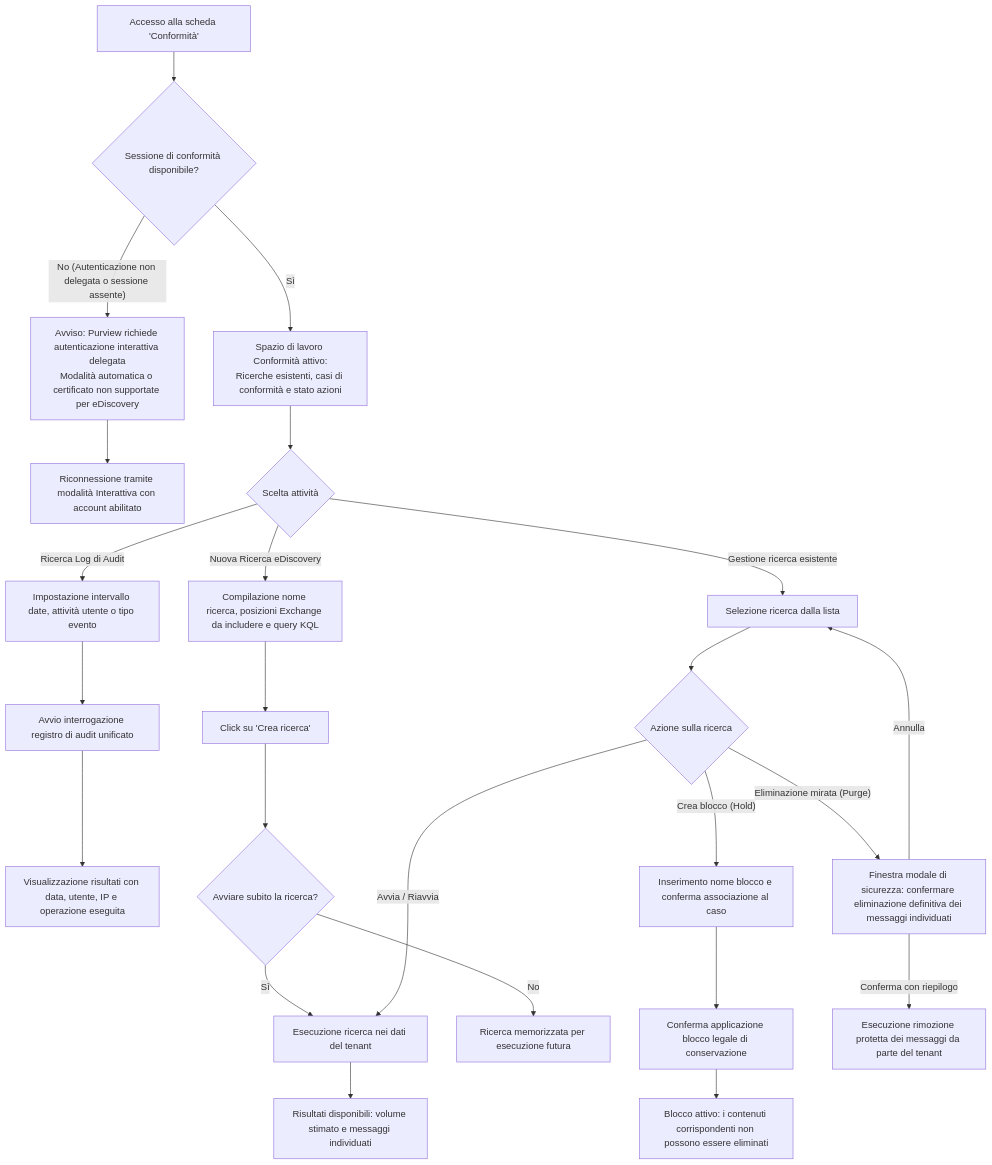
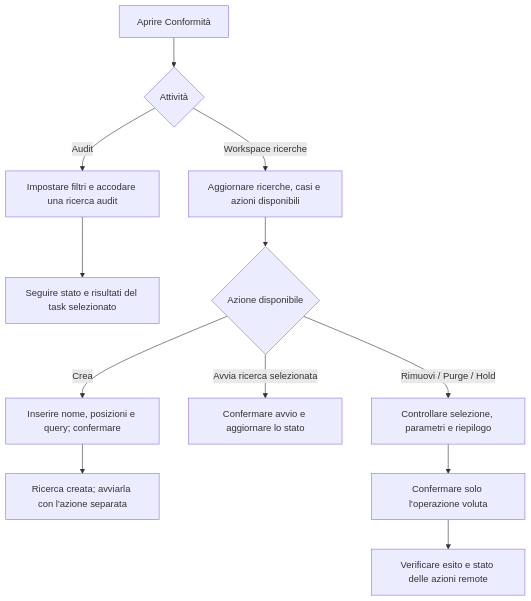
Before and after one commit to dennidalpos/OnlyExo365: the sixth of 8 diagrams in docs/operations/visual-guide.md, drawn with Mermaid. The commit also changed other lines of this file and 17 other files, not shown here.

````diff
--- a/docs/operations/visual-guide.md
+++ b/docs/operations/visual-guide.md
@@ -207,35 +139,14 @@
 ```mermaid
 flowchart TD
-    EnterCompliance["Accesso alla scheda 'Conformità'"] --> CheckComplianceSession{"Sessione di conformità disponibile?"}
-    
-    CheckComplianceSession -->|"No (Autenticazione non delegata o sessione assente)"| SessionWarning["Avviso: Purview richiede autenticazione interattiva delegata<br/>Modalità automatica o certificato non supportate per eDiscovery"]
-    SessionWarning --> ReconnectInteractively["Riconnessione tramite modalità Interattiva con account abilitato"]
-    
-    CheckComplianceSession -->|"Sì"| ComplianceWorkspace["Spazio di lavoro Conformità attivo:<br/>Ricerche esistenti, casi di conformità e stato azioni"]
-    
-    ComplianceWorkspace --> UserActivity{"Scelta attività"}
-    
-    UserActivity -->|"Ricerca Log di Audit"| AuditSearchForm["Impostazione intervallo date, attività utente o tipo evento"]
-    AuditSearchForm --> RunAudit["Avvio interrogazione registro di audit unificato"]
-    RunAudit --> ShowAuditResults["Visualizzazione risultati con data, utente, IP e operazione eseguita"]
-    
-    UserActivity -->|"Nuova Ricerca eDiscovery"| CreateSearch["Compilazione nome ricerca, posizioni Exchange da includere e query KQL"]
-    CreateSearch --> SaveSearch["Click su 'Crea ricerca'"]
-    SaveSearch --> StartSearchChoice{"Avviare subito la ricerca?"}
-    StartSearchChoice -->|"Sì"| ExecuteSearch["Esecuzione ricerca nei dati del tenant"]
-    StartSearchChoice -->|"No"| SearchSaved["Ricerca memorizzata per esecuzione futura"]
-    
-    UserActivity -->|"Gestione ricerca esistente"| SelectExistingSearch["Selezione ricerca dalla lista"]
-    SelectExistingSearch --> SearchActions{"Azione sulla ricerca"}
-    
-    SearchActions -->|"Avvia / Riavvia"| ExecuteSearch
-    ExecuteSearch --> SearchCompleted["Risultati disponibili: volume stimato e messaggi individuati"]
-    
-    SearchActions -->|"Crea blocco (Hold)"| HoldPrompt["Inserimento nome blocco e conferma associazione al caso"]
-    HoldPrompt --> ConfirmHold["Conferma applicazione blocco legale di conservazione"]
-    ConfirmHold --> HoldActive["Blocco attivo: i contenuti corrispondenti non possono essere eliminati"]
-    
-    SearchActions -->|"Eliminazione mirata (Purge)"| PurgePrompt["Finestra modale di sicurezza: confermare eliminazione definitiva dei messaggi individuati"]
-    PurgePrompt -->|"Conferma con riepilogo"| ExecutePurge["Esecuzione rimozione protetta dei messaggi da parte del tenant"]
-    PurgePrompt -->|"Annulla"| SelectExistingSearch
+    Open["Aprire Conformità"] --> Task{"Attività"}
+    Task -->|"Audit"| Audit["Impostare filtri e accodare una ricerca audit"]
+    Audit --> Results["Seguire stato e risultati del task selezionato"]
+    Task -->|"Workspace ricerche"| Refresh["Aggiornare ricerche, casi e azioni disponibili"]
+    Refresh --> Select{"Azione disponibile"}
+    Select -->|"Crea"| Create["Inserire nome, posizioni e query; confermare"]
+    Create --> Saved["Ricerca creata; avviarla con l'azione separata"]
+    Select -->|"Avvia ricerca selezionata"| Start["Confermare avvio e aggiornare lo stato"]
+    Select -->|"Rimuovi / Purge / Hold"| Confirm["Controllare selezione, parametri e riepilogo"]
+    Confirm --> Submit["Confermare solo l'operazione voluta"]
+    Submit --> Verify["Verificare esito e stato delle azioni remote"]
 ```
````
